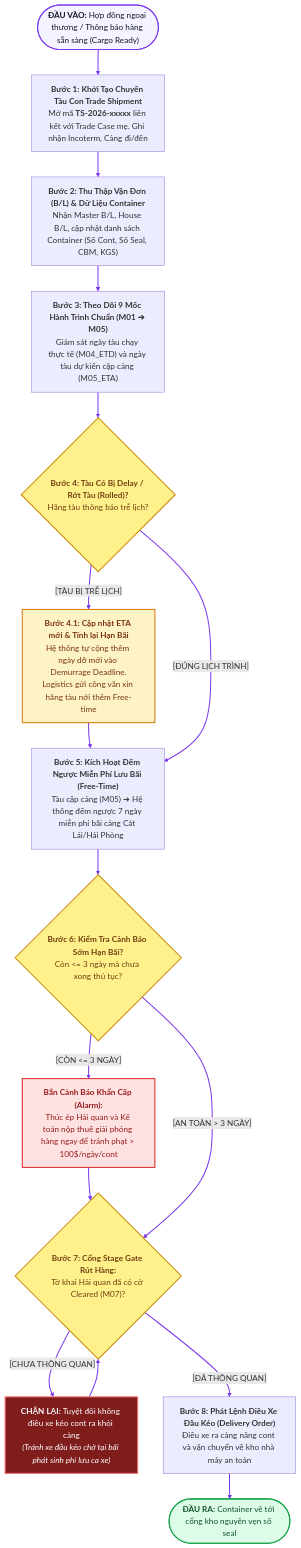
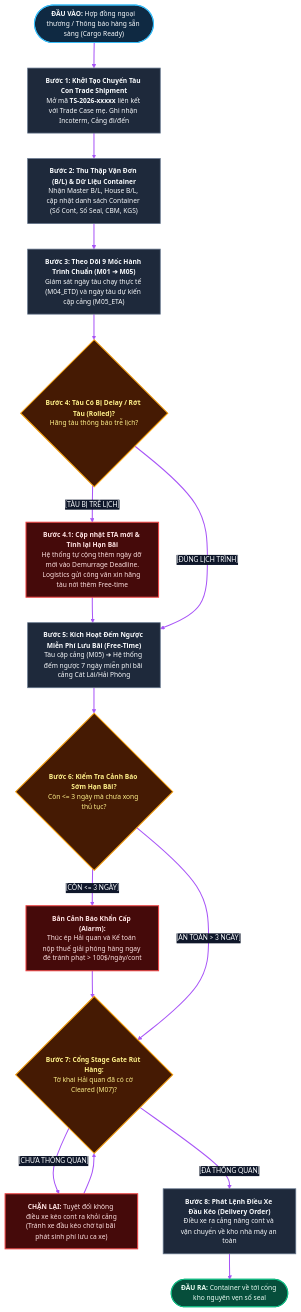
Before and after one commit to capkimkhanh2k5/Logistics_ERPNext_RAG: the fifth of 7 diagrams in LUONG_NGHIEP_VU_CAC_VAI_TRO_XUAT_NHAP_KHAU.md, drawn with Mermaid. The commit also changed other lines of this file, not shown here.

Commit message:
style: fix font-family css syntax to Segoe UI and standardize card styling across all diagrams

````diff
--- a/LUONG_NGHIEP_VU_CAC_VAI_TRO_XUAT_NHAP_KHAU.md
+++ b/LUONG_NGHIEP_VU_CAC_VAI_TRO_XUAT_NHAP_KHAU.md
@@ -236,50 +228,48 @@
 ```mermaid
 %%{init: {
   'theme': 'base',
   'themeVariables': {
-    'fontFamily': "'Inter', 'Segoe UI', -apple-system, Roboto, sans-serif",
+    'fontFamily': 'Segoe UI, Arial, sans-serif',
     'fontSize': '13px',
-    'primaryColor': '#FFFFFF',
-    'primaryTextColor': '#0F172A',
-    'primaryBorderColor': '#7C3AED',
-    'lineColor': '#7C3AED',
-    'edgeLabelBackground':'#FFFFFF'
+    'primaryColor': '#1E293B',
+    'primaryTextColor': '#F8FAFC',
+    'primaryBorderColor': '#A855F7',
+    'lineColor': '#A855F7',
+    'edgeLabelBackground': '#0F172A'
   }
 }}%%
 flowchart TD
-    L_IN(["<b>ĐẦU VÀO:</b> Hợp đồng ngoại thương / Thông báo hàng sẵn sàng (Cargo Ready)"]) --> L1
+    classDef default fill:#1E293B,stroke:#64748B,stroke-width:1.5px,color:#F8FAFC,font-family:Segoe UI,Arial,sans-serif;
+    classDef decision fill:#451A03,stroke:#F59E0B,stroke-width:2px,color:#FEF08A,font-family:Segoe UI,Arial,sans-serif;
+    classDef input fill:#0F2942,stroke:#38BDF8,stroke-width:2px,color:#F8FAFC,font-family:Segoe UI,Arial,sans-serif;
+    classDef error fill:#450A0A,stroke:#EF4444,stroke-width:2px,color:#FEE2E2,font-family:Segoe UI,Arial,sans-serif;
+    classDef success fill:#064E3B,stroke:#10B981,stroke-width:2px,color:#ECFDF5,font-family:Segoe UI,Arial,sans-serif;
+
+    L_IN(["<b>ĐẦU VÀO:</b> Hợp đồng ngoại thương / Thông báo hàng sẵn sàng (Cargo Ready)"]):::input --> L1
     L1["<b>Bước 1: Khởi Tạo Chuyến Tàu Con Trade Shipment</b><br>Mở mã <b>TS-2026-xxxxx</b> liên kết với Trade Case mẹ. Ghi nhận Incoterm, Cảng đi/đến"] --> L2
     L2["<b>Bước 2: Thu Thập Vận Đơn (B/L) & Dữ Liệu Container</b><br>Nhận Master B/L, House B/L, cập nhật danh sách Container (Số Cont, Số Seal, CBM, KGS)"] --> L3
     L3["<b>Bước 3: Theo Dõi 9 Mốc Hành Trình Chuẩn (M01 ➔ M05)</b><br>Giám sát ngày tàu chạy thực tế (M04_ETD) và ngày tàu dự kiến cập cảng (M05_ETA)"] --> L4
     
-    L4{"<b>Bước 4: Tàu Có Bị Delay / Rớt Tàu (Rolled)?</b><br>Hãng tàu thông báo trễ lịch?"}
+    L4{"<b>Bước 4: Tàu Có Bị Delay / Rớt Tàu (Rolled)?</b><br>Hãng tàu thông báo trễ lịch?"}:::decision
     
-    L4 -- "[TÀU BỊ TRỄ LỊCH]" --> L_REVISE["<b>Bước 4.1: Cập nhật ETA mới & Tính lại Hạn Bãi</b><br>Hệ thống tự cộng thêm ngày dỡ mới vào Demurrage Deadline.<br>Logistics gửi công văn xin hãng tàu nới thêm Free-time"] --> L5
+    L4 -- "[TÀU BỊ TRỄ LỊCH]" --> L_REVISE["<b>Bước 4.1: Cập nhật ETA mới & Tính lại Hạn Bãi</b><br>Hệ thống tự cộng thêm ngày dỡ mới vào Demurrage Deadline.<br>Logistics gửi công văn xin hãng tàu nới thêm Free-time"]:::error --> L5
     L4 -- "[ĐÚNG LỊCH TRÌNH]" --> L5
     
     L5["<b>Bước 5: Kích Hoạt Đếm Ngược Miễn Phí Lưu Bãi (Free-Time)</b><br>Tàu cập cảng (M05) ➔ Hệ thống đếm ngược 7 ngày miễn phí bãi cảng Cát Lái/Hải Phòng"] --> L6
     
-    L6{"<b>Bước 6: Kiểm Tra Cảnh Báo Sớm Hạn Bãi?</b><br>Còn <= 3 ngày mà chưa xong thủ tục?"}
+    L6{"<b>Bước 6: Kiểm Tra Cảnh Báo Sớm Hạn Bãi?</b><br>Còn <= 3 ngày mà chưa xong thủ tục?"}:::decision
     
-    L6 -- "[CÒN <= 3 NGÀY]" --> L_WARN["<b>Bắn Cảnh Báo Khẩn Cấp (Alarm):</b><br>Thúc ép Hải quan và Kế toán nộp thuế giải phóng hàng ngay để tránh phạt > 100$/ngày/cont"] --> L7
+    L6 -- "[CÒN <= 3 NGÀY]" --> L_WARN["<b>Bắn Cảnh Báo Khẩn Cấp (Alarm):</b><br>Thúc ép Hải quan và Kế toán nộp thuế giải phóng hàng ngay để tránh phạt > 100$/ngày/cont"]:::error --> L7
     L6 -- "[AN TOÀN > 3 NGÀY]" --> L7
     
-    L7{"<b>Bước 7: Cổng Stage Gate Rút Hàng:</b><br>Tờ khai Hải quan đã có cờ Cleared (M07)?"}
+    L7{"<b>Bước 7: Cổng Stage Gate Rút Hàng:</b><br>Tờ khai Hải quan đã có cờ Cleared (M07)?"}:::decision
     
-    L7 -- "[CHƯA THÔNG QUAN]" --> L_BLOCK["<b>CHẶN LẠI:</b> Tuyệt đối không điều xe kéo cont ra khỏi cảng<br><i>(Tránh xe đầu kéo chờ tại bãi phát sinh phí lưu ca xe)</i>"]
+    L7 -- "[CHƯA THÔNG QUAN]" --> L_BLOCK["<b>CHẶN LẠI:</b> Tuyệt đối không điều xe kéo cont ra khỏi cảng<br>(Tránh xe đầu kéo chờ tại bãi phát sinh phí lưu ca xe)"]:::error
     L_BLOCK --> L7
     
     L7 -- "[ĐÃ THÔNG QUAN]" --> L8["<b>Bước 8: Phát Lệnh Điều Xe Đầu Kéo (Delivery Order)</b><br>Điều xe ra cảng nâng cont và vận chuyển về kho nhà máy an toàn"] --> L_OUT
     
-    L_OUT(["<b>ĐẦU RA:</b> Container về tới cổng kho nguyên vẹn số seal"])
+    L_OUT(["<b>ĐẦU RA:</b> Container về tới cổng kho nguyên vẹn số seal"]):::success
 
-    style L_IN fill:#F5F3FF,stroke:#7C3AED,stroke-width:2px,color:#0F172A
-    style L4 fill:#FEF08A,stroke:#CA8A04,stroke-width:2px,color:#713F12
-    style L6 fill:#FEF08A,stroke:#CA8A04,stroke-width:2px,color:#713F12
-    style L7 fill:#FEF08A,stroke:#CA8A04,stroke-width:2px,color:#713F12
-    style L_REVISE fill:#FEF3C7,stroke:#D97706,stroke-width:2px,color:#78350F
-    style L_WARN fill:#FEE2E2,stroke:#DC2626,stroke-width:2px,color:#991B1B
-    style L_BLOCK fill:#7F1D1D,stroke:#F87171,stroke-width:2px,color:#FFFFFF
-    style L_OUT fill:#DCFCE7,stroke:#16A34A,stroke-width:2px,color:#14532D
-    linkStyle default stroke:#7C3AED,stroke-width:2px;
+    linkStyle default stroke:#A855F7,stroke-width:2px;
 ```
````
